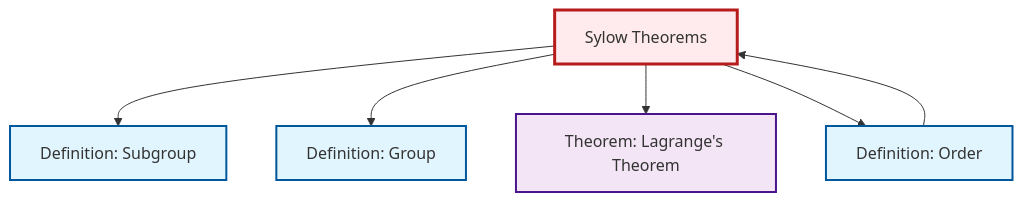
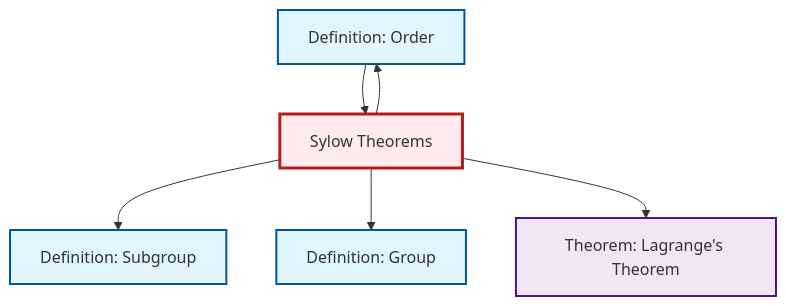
One commit to RK0429/ModernMath changed the diagram in content/en/algebra/thm-sylow.qmd. Above: the diagram before and after it, drawn with Mermaid. The commit also changed other lines of this file and 597 other files, not shown here.

````diff
--- a/content/en/algebra/thm-sylow.qmd
+++ b/content/en/algebra/thm-sylow.qmd
@@ -85,24 +85,24 @@
 ```{mermaid}
 %%| fig-cap: "Local dependency graph"
 graph TD
     classDef definition fill:#e1f5fe,stroke:#01579b,stroke-width:2px
     classDef theorem fill:#f3e5f5,stroke:#4a148c,stroke-width:2px
     classDef axiom fill:#fff3e0,stroke:#e65100,stroke-width:2px
     classDef example fill:#e8f5e9,stroke:#1b5e20,stroke-width:2px
     classDef current fill:#ffebee,stroke:#b71c1c,stroke-width:3px
+    thm-lagrange["Theorem: Lagrange's Theorem"]:::theorem
+    def-order["Definition: Order"]:::definition
+    thm-sylow["Sylow Theorems"]:::theorem
+    def-group["Definition: Group"]:::definition
     def-subgroup["Definition: Subgroup"]:::definition
-    thm-sylow["Sylow Theorems"]:::theorem
-    def-order["Definition: Order"]:::definition
-    thm-lagrange["Theorem: Lagrange's Theorem"]:::theorem
-    def-group["Definition: Group"]:::definition
     thm-sylow --> def-subgroup
-    def-order --> thm-sylow
     thm-sylow --> def-group
     thm-sylow --> thm-lagrange
     thm-sylow --> def-order
+    def-order --> thm-sylow
     class thm-sylow current
+    click thm-lagrange "thm-lagrange.html" "Go to Lagrange's Theorem theorem"
+    click def-order "def-order.html" "Go to Order definition"
+    click def-group "def-group.html" "Go to Group definition"
     click def-subgroup "def-subgroup.html" "Go to Subgroup definition"
-    click def-order "def-order.html" "Go to Order definition"
-    click thm-lagrange "thm-lagrange.html" "Go to Lagrange's Theorem theorem"
-    click def-group "def-group.html" "Go to Group definition"
 ```
````
